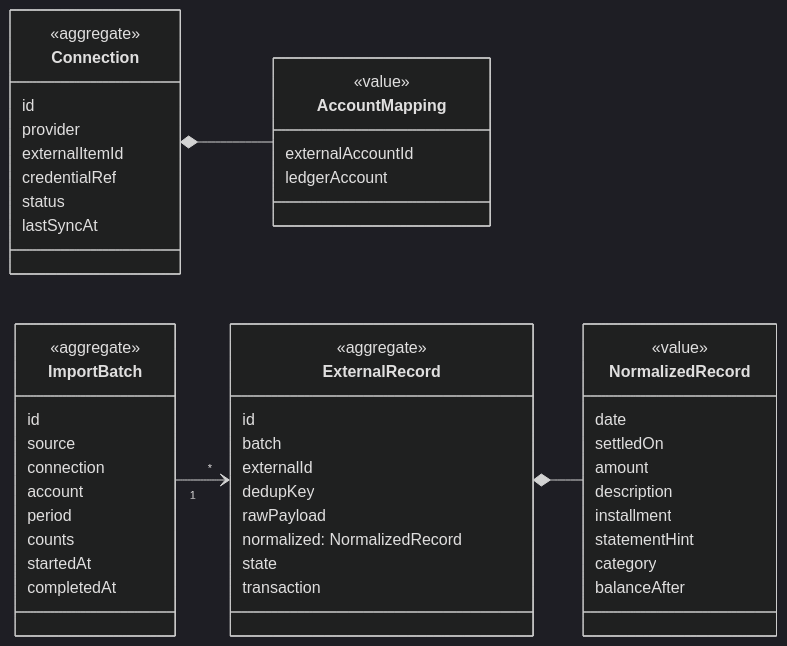
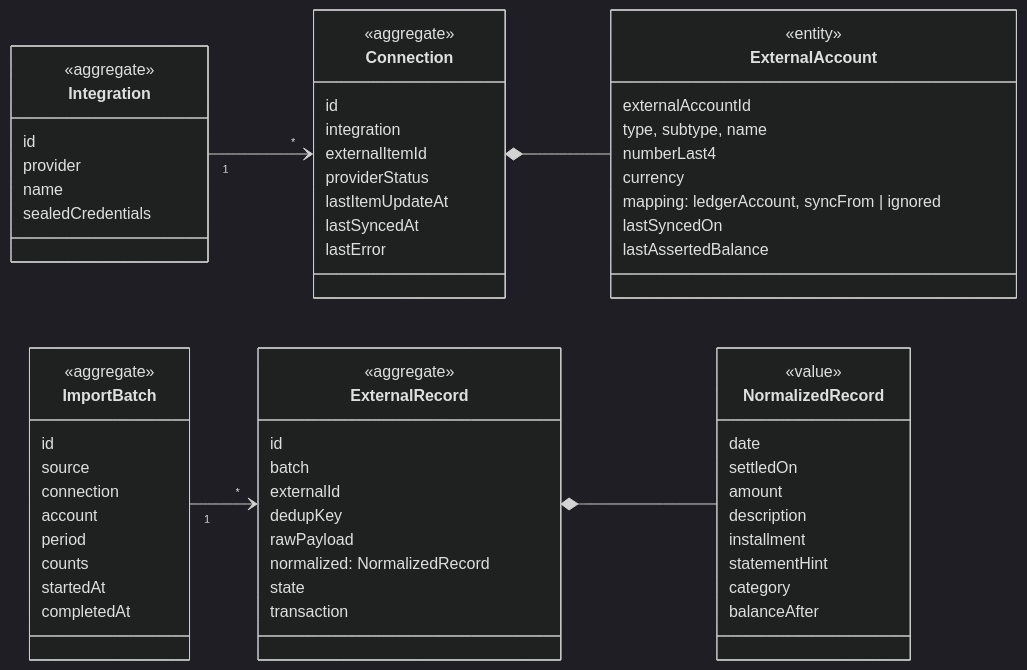
The fifth of 5 diagrams in docs/domain/05-domain-model.md (andrelopes-code/equori), drawn with Mermaid (dark theme) before and after one commit. The commit also changed other lines of this file and 8 other files, not shown here.

````diff
--- a/docs/domain/05-domain-model.md
+++ b/docs/domain/05-domain-model.md
@@ -397,54 +397,68 @@
 ```mermaid
 classDiagram
   direction LR
+  class Integration {
+    <<aggregate>>
+    id
+    provider
+    name
+    sealedCredentials
+  }
   class Connection {
     <<aggregate>>
     id
-    provider
+    integration
     externalItemId
-    credentialRef
-    status
-    lastSyncAt
+    providerStatus
+    lastItemUpdateAt
+    lastSyncedAt
+    lastError
   }
-  class AccountMapping {
-    <<value>>
+  class ExternalAccount {
+    <<entity>>
     externalAccountId
-    ledgerAccount
+    type, subtype, name
+    numberLast4
+    currency
+    mapping: ledgerAccount, syncFrom | ignored
+    lastSyncedOn
+    lastAssertedBalance
   }
   class ImportBatch {
     <<aggregate>>
     id
     source
     connection
     account
     period
     counts
     startedAt
     completedAt
   }
   class ExternalRecord {
     <<aggregate>>
     id
     batch
     externalId
     dedupKey
     rawPayload
     normalized: NormalizedRecord
     state
     transaction
   }
   class NormalizedRecord {
     <<value>>
     date
     settledOn
     amount
     description
     installment
     statementHint
     category
     balanceAfter
   }
-  Connection *-- AccountMapping
+  Integration "1" --> "*" Connection
+  Connection *-- ExternalAccount
   ImportBatch "1" --> "*" ExternalRecord
   ExternalRecord *-- NormalizedRecord
 ```
````
